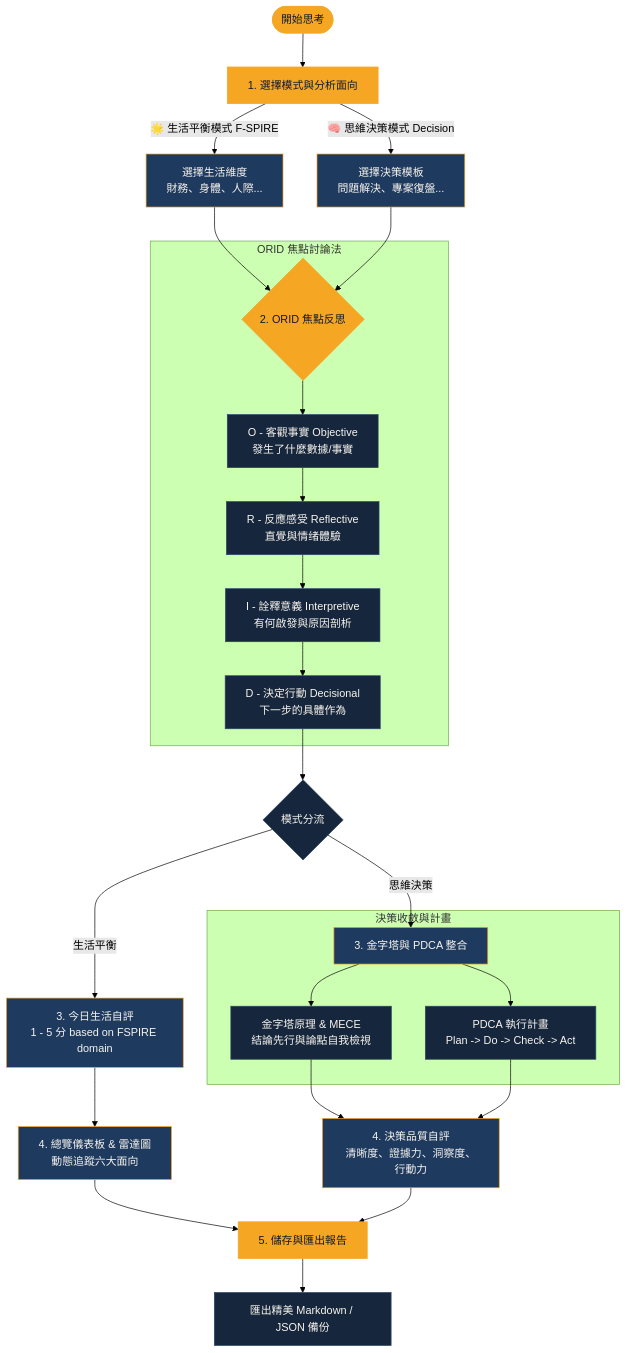
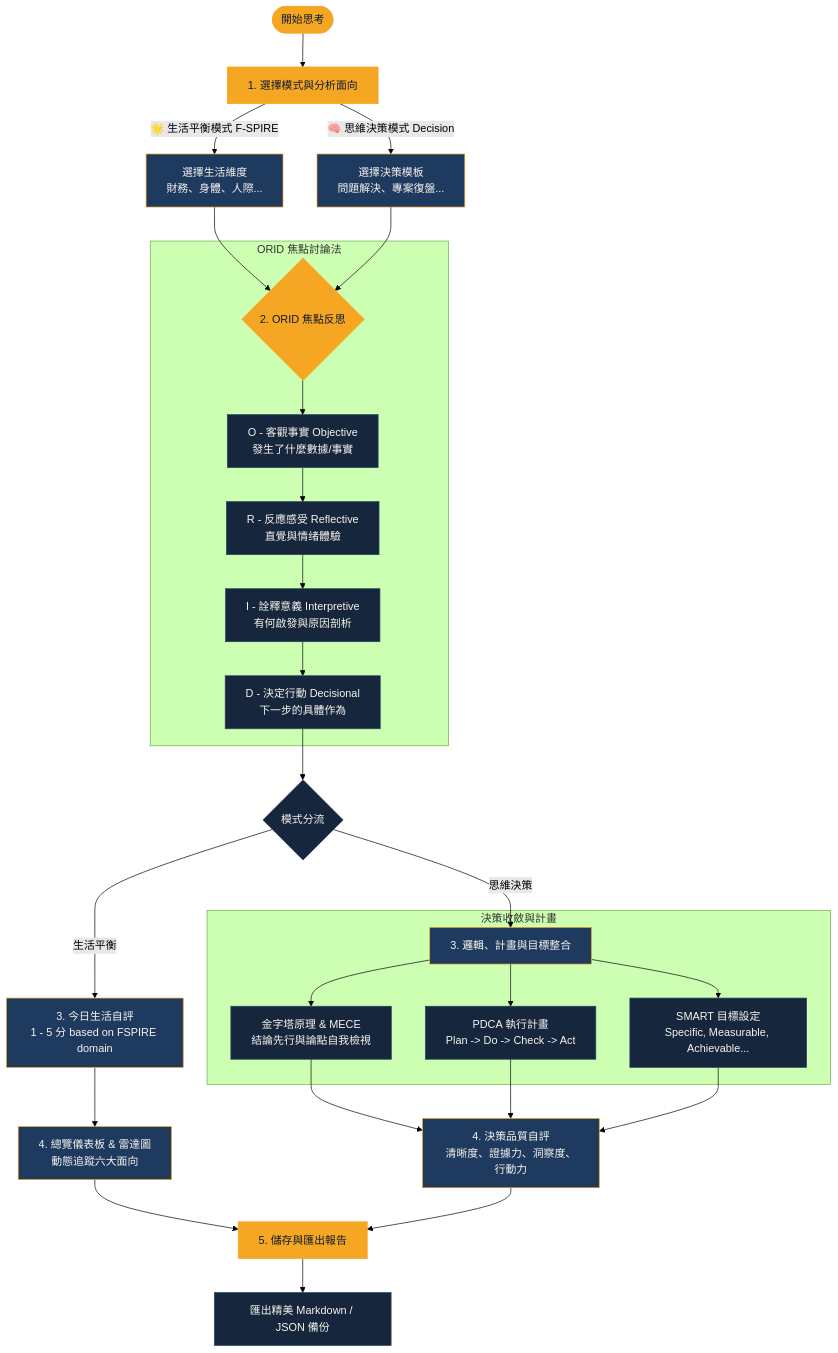
The diagram in README.md (SinLiongToo/fspire_ordid_retrospective), drawn with Mermaid (forest theme) before and after one commit. The commit also changed other lines of this file and 1 other file, not shown here.

Commit message:
feat: 整合 SMART 目標設定原則至思維決策模式並更新說明文件與流程圖

````diff
--- a/README.md
+++ b/README.md
@@ -11,41 +11,42 @@
 ```mermaid
 flowchart TD
     Start([開始思考]) --> Step1[1. 選擇模式與分析面向]
     
     Step1 --> |🌟 生活平衡模式 F-SPIRE| DomainLife[選擇生活維度<br>財務、身體、人際...]
     Step1 --> |🧠 思維決策模式 Decision| DomainDec[選擇決策模板<br>問題解決、專案復盤...]
     
     DomainLife & DomainDec --> Step2{2. ORID 焦點反思}
     
     subgraph ORID_Reflection [ORID 焦點討論法]
         Step2 --> O[O - 客觀事實 Objective<br>發生了什麼數據/事實]
         O --> R[R - 反應感受 Reflective<br>直覺與情绪體驗]
         R --> I[I - 詮釋意義 Interpretive<br>有何啟發與原因剖析]
         I --> D[D - 決定行動 Decisional<br>下一步的具體作為]
     end
     
     D --> ModeSplit{模式分流}
     
     ModeSplit --> |生活平衡| Step3Life[3. 今日生活自評<br>1 - 5 分 based on FSPIRE domain]
-    ModeSplit --> |思維決策| Step3Dec[3. 金字塔與 PDCA 整合]
+    ModeSplit --> |思維決策| Step3Dec[3. 邏輯、計畫與目標整合]
     
     subgraph Decision_Synthesis [決策收斂與計畫]
         Step3Dec --> MECE[金字塔原理 & MECE<br>結論先行與論點自我檢視]
         Step3Dec --> PDCA[PDCA 執行計畫<br>Plan -> Do -> Check -> Act]
+        Step3Dec --> SMART[SMART 目標設定<br>Specific, Measurable, Achievable...]
     end
     
     Step3Life --> Step4Life[4. 總覽儀表板 & 雷達圖<br>動態追蹤六大面向]
     
-    MECE & PDCA --> Step4Dec[4. 決策品質自評<br>清晰度、證據力、洞察度、行動力]
+    MECE & PDCA & SMART --> Step4Dec[4. 決策品質自評<br>清晰度、證據力、洞察度、行動力]
     
     Step4Life & Step4Dec --> Step5[5. 儲存與匯出報告]
     Step5 --> Export[匯出精美 Markdown / JSON 備份]
     
     %% Styling
     classDef default fill:#16273D,stroke:#2C4666,color:#F8F4ED;
     classDef highlight fill:#F5A623,stroke:#F5A623,color:#0F1B2D;
     classDef branch fill:#1E3A5F,stroke:#F5A623,color:#F8F4ED;
     
     class Start,Step1,Step2,Step5 highlight;
     class DomainLife,DomainDec,Step3Life,Step3Dec,Step4Life,Step4Dec branch;
 ```
````
